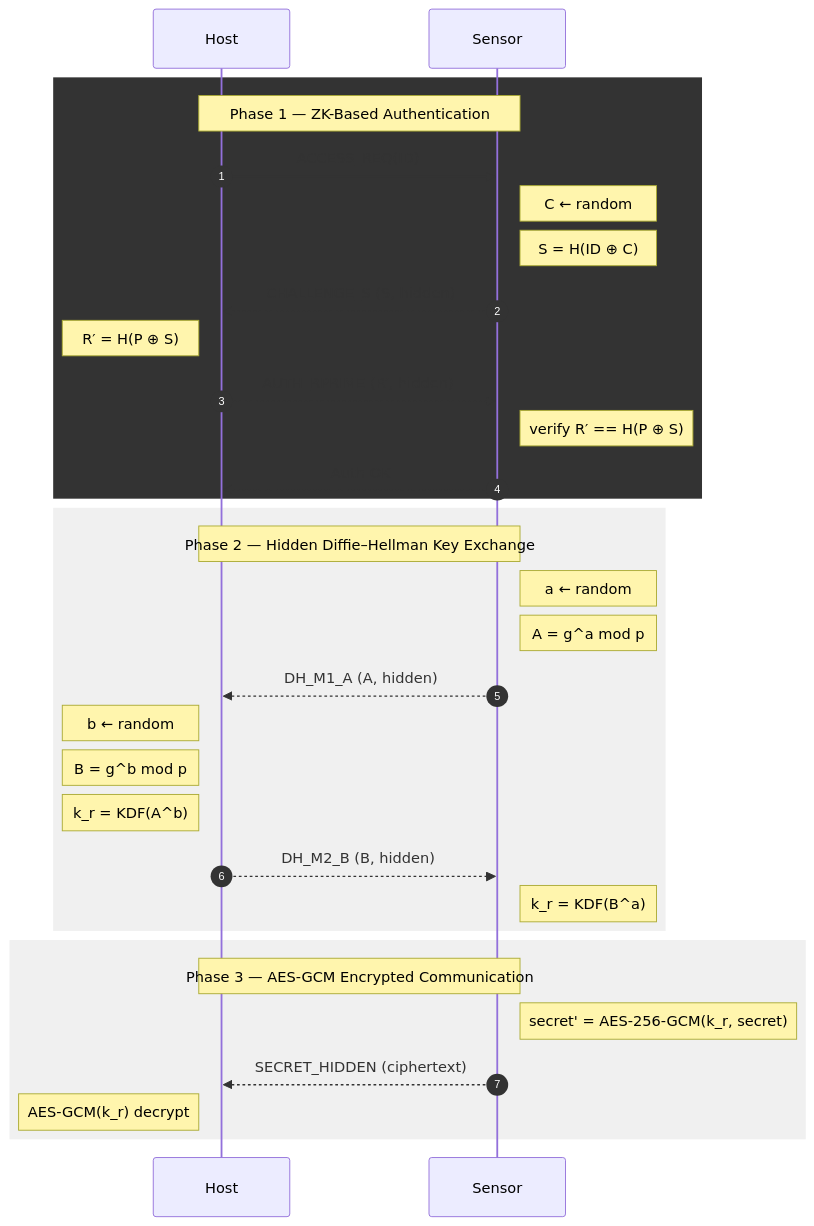
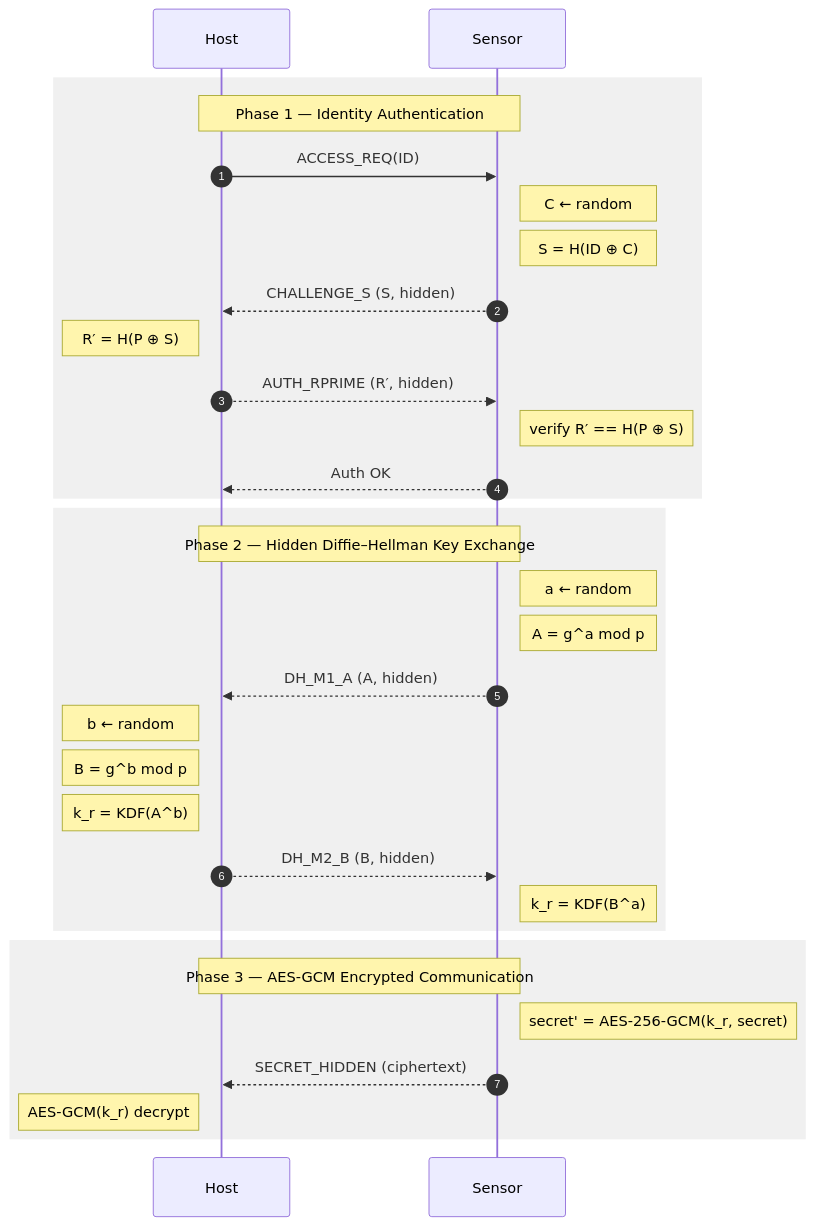
The diagram in all/未命名.md (TracerWWW/iodraw-files), drawn with Mermaid before and after one commit.

Commit message:
2026-01-24 22:24:42 update

````diff
--- a/all/未命名.md
+++ b/all/未命名.md
@@ -1,63 +1,61 @@
 ```mermaid
 sequenceDiagram
     autonumber
     participant Host
     participant Sensor
 
     %% =========================
     %% Phase 1: Identity Authentication
     %% =========================
-    rect rect rgb(255,249,196)
-Note over Host,Sensor: Phase 1 — ZK-Based Authentication
-
-
+    rect rgb(240,240,240)
+    Note over Host,Sensor: Phase 1 — Identity Authentication
 
     Host->>Sensor: ACCESS_REQ(ID)
 
     Note right of Sensor: C ← random
     Note right of Sensor: S = H(ID ⊕ C)
 
     Sensor-->>Host: CHALLENGE_S (S, hidden)
 
     Note left of Host: R′ = H(P ⊕ S)
 
     Host-->>Sensor: AUTH_RPRIME (R′, hidden)
 
     Note right of Sensor: verify R′ == H(P ⊕ S)
     Sensor-->>Host: Auth OK
     end
 
     %% =========================
     %% Phase 2: DH Key Exchange
     %% =========================
     rect rgb(240,240,240)
     Note over Host,Sensor: Phase 2 — Hidden Diffie–Hellman Key Exchange
 
     Note right of Sensor: a ← random
     Note right of Sensor: A = g^a mod p
 
     Sensor-->>Host: DH_M1_A (A, hidden)
 
     Note left of Host: b ← random
     Note left of Host: B = g^b mod p
     Note left of Host: k_r = KDF(A^b)
 
     Host-->>Sensor: DH_M2_B (B, hidden)
 
     Note right of Sensor: k_r = KDF(B^a)
     end
 
     %% =========================
     %% Phase 3: Secure Communication
     %% =========================
     rect rgb(240,240,240)
     Note over Host,Sensor: Phase 3 — AES-GCM Encrypted Communication
 
     Note right of Sensor: secret' = AES-256-GCM(k_r, secret)
 
     Sensor-->>Host: SECRET_HIDDEN (ciphertext)
 
     Note left of Host: AES-GCM(k_r) decrypt
     end
 
 ```
````
